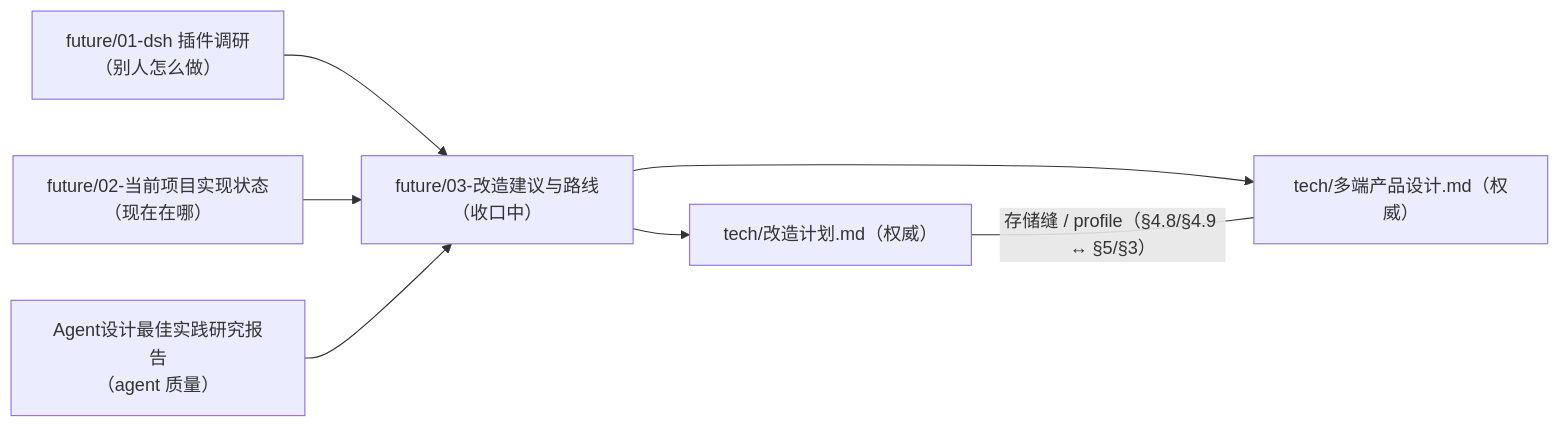
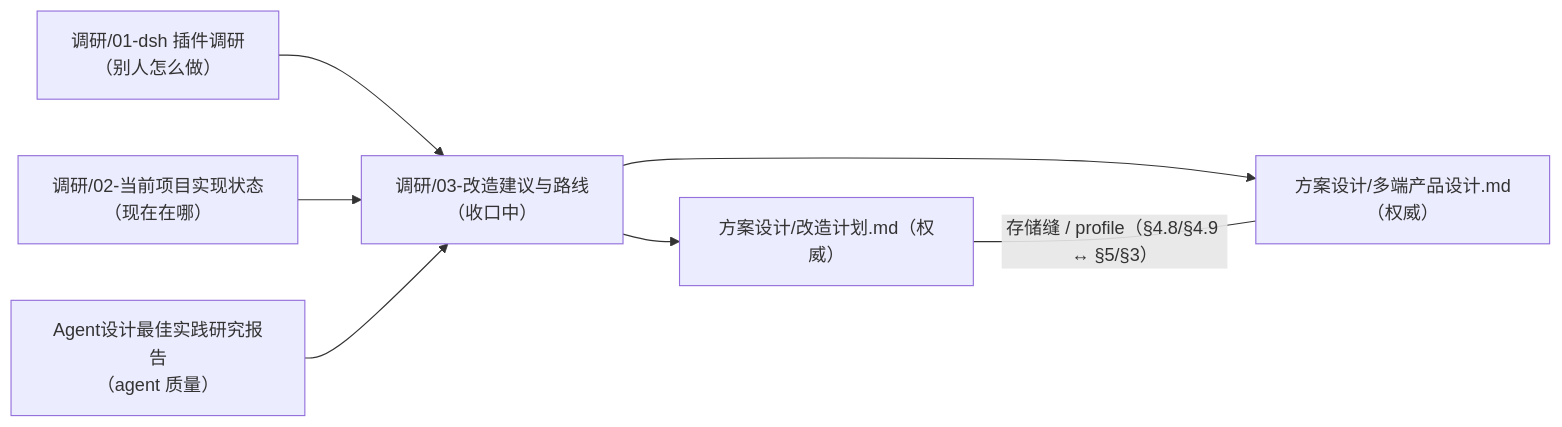
One commit to IsKenKenYa/KenFutWork changed the diagram in docs/README.md. Above: the diagram before and after it, drawn with Mermaid. The commit also changed other lines of this file and 44 other files, not shown here.

First line of the commit message:
docs: 重组文档目录（方案设计/调研/历史文档/视觉设计）并同步地图、引用与门禁

````diff
--- a/docs/README.md
+++ b/docs/README.md
@@ -7,9 +7,9 @@
 ```mermaid
 graph LR
-    D01["future/01-dsh 插件调研<br/>（别人怎么做）"] --> D03["future/03-改造建议与路线<br/>（收口中）"]
-    SNAP["future/02-当前项目实现状态<br/>（现在在哪）"] --> D03
+    D01["调研/01-dsh 插件调研<br/>（别人怎么做）"] --> D03["调研/03-改造建议与路线<br/>（收口中）"]
+    SNAP["调研/02-当前项目实现状态<br/>（现在在哪）"] --> D03
     AGENT["Agent设计最佳实践研究报告<br/>（agent 质量）"] --> D03
-    D03 --> PLAN["tech/改造计划.md（权威）"]
-    D03 --> MULTI["tech/多端产品设计.md（权威）"]
+    D03 --> PLAN["方案设计/改造计划.md（权威）"]
+    D03 --> MULTI["方案设计/多端产品设计.md（权威）"]
     PLAN ---|"存储缝 / profile（§4.8/§4.9 ↔ §5/§3）"| MULTI
 ```
````
